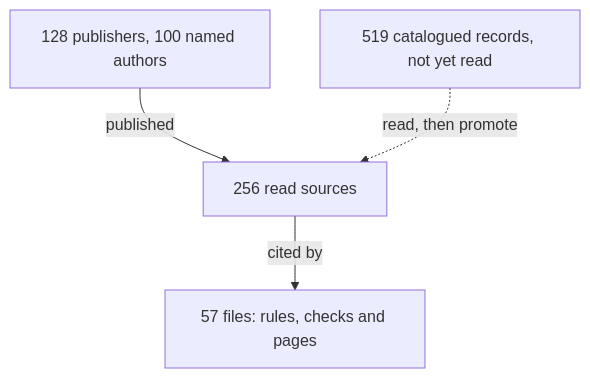
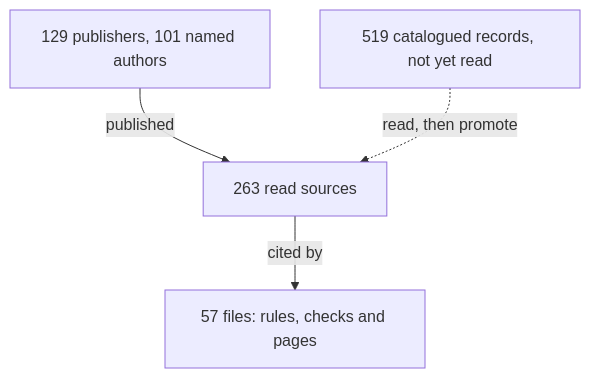
Before and after one commit to Valpatel/cad-agent: the diagram in docs/practice/experts.md, drawn with Mermaid. The commit also changed other lines of this file and 4 other files, not shown here.

````diff
--- a/docs/practice/experts.md
+++ b/docs/practice/experts.md
@@ -6,7 +6,7 @@
 ```mermaid
 flowchart TD
-  P["128 publishers, 100 named authors"] -->|published| S["256 read sources"]
+  P["129 publishers, 101 named authors"] -->|published| S["263 read sources"]
   S -->|cited by| U["57 files: rules, checks and pages"]
   C["519 catalogued records, not yet read"] -.->|read, then promote| S
   class S here
 ```
````
